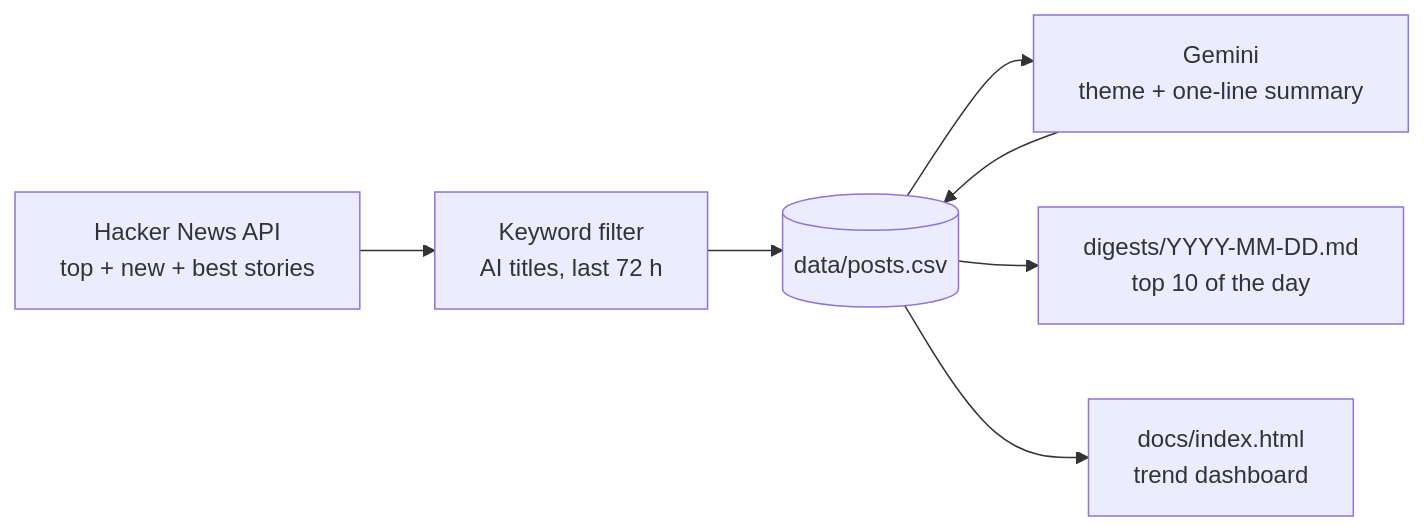
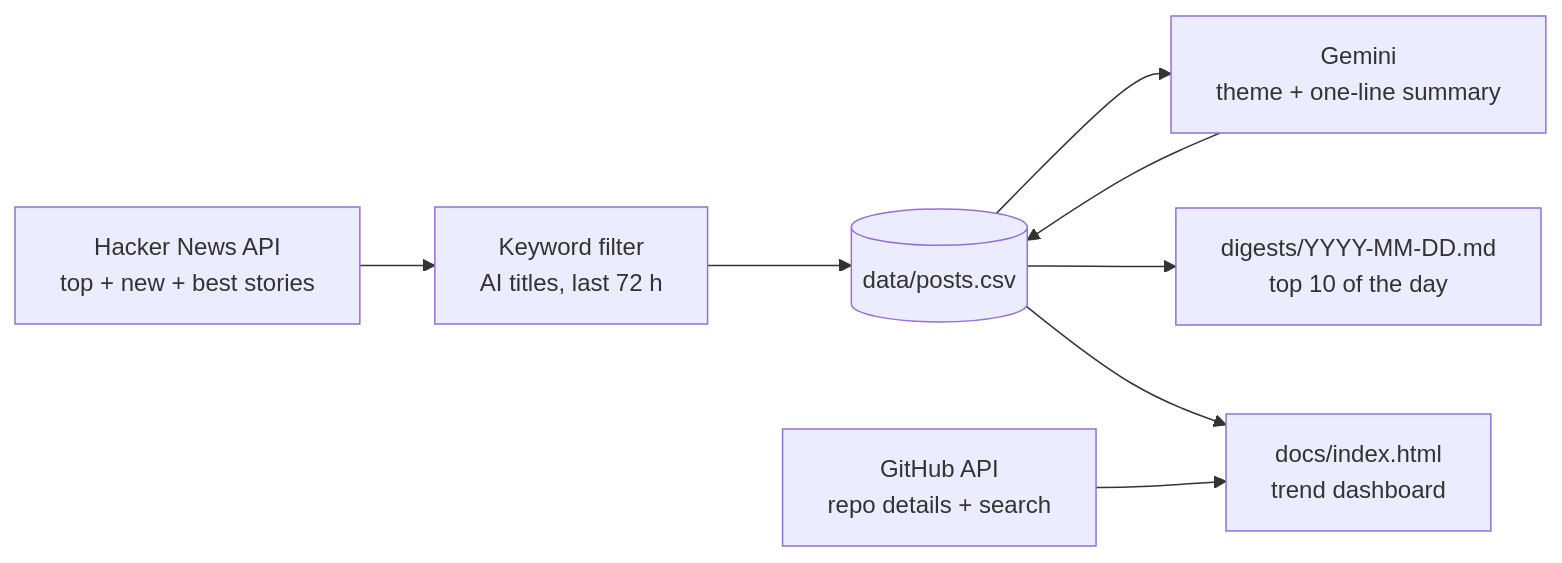
The diagram in README.md (Osceti/ai-news-radar), drawn with Mermaid before and after one commit. The commit also changed other lines of this file and 8 other files, not shown here.

First line of the commit message:
feat: best GitHub of the week on the dashboard

````diff
--- a/README.md
+++ b/README.md
@@ -26,9 +32,10 @@
 ```mermaid
 flowchart LR
     A["Hacker News API<br/>top + new + best stories"] --> B["Keyword filter<br/>AI titles, last 72 h"]
     B --> C[("data/posts.csv")]
     C --> D["Gemini<br/>theme + one-line summary"]
     D --> C
     C --> E["digests/YYYY-MM-DD.md<br/>top 10 of the day"]
     C --> F["docs/index.html<br/>trend dashboard"]
+    G["GitHub API<br/>repo details + search"] --> F
 ```
````
